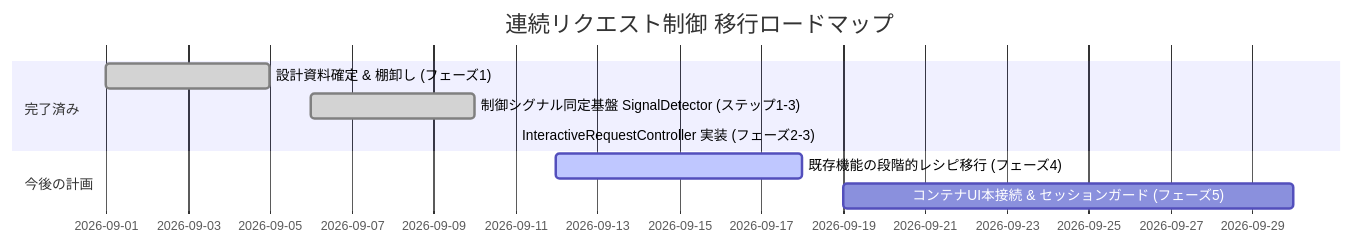
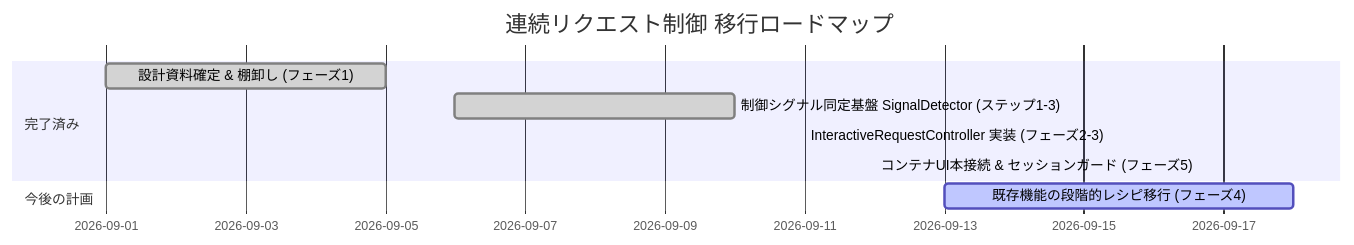
Before and after one commit to e3sh/Nethack-wasm-webUI: the third of 3 diagrams in docs/2_client_ui/Interactive_Request_Controller_Architecture_and_Roadmap.md, drawn with Mermaid. The commit also changed other lines of this file and 7 other files, not shown here.

````diff
--- a/docs/2_client_ui/Interactive_Request_Controller_Architecture_and_Roadmap.md
+++ b/docs/2_client_ui/Interactive_Request_Controller_Architecture_and_Roadmap.md
@@ -298,12 +298,12 @@
 ```mermaid
 gantt
     title 連続リクエスト制御 移行ロードマップ
     dateFormat  YYYY-MM-DD
     section 完了済み
     設計資料確定 & 棚卸し (フェーズ1)           :done, 2026-09-01, 2026-09-05
     制御シグナル同定基盤 SignalDetector (ステップ1-3) :done, 2026-09-06, 2026-09-10
     InteractiveRequestController 実装 (フェーズ2-3)   :done, 2026-09-11, 2026-09-11
+    コンテナUI本接続 & セッションガード (フェーズ5)  :done, 2026-09-12, 2026-09-12
     section 今後の計画
-    既存機能の段階的レシピ移行 (フェーズ4)         :active, 2026-09-12, 2026-09-18
-    コンテナUI本接続 & セッションガード (フェーズ5)  :2026-09-19, 2026-09-30
+    既存機能の段階的レシピ移行 (フェーズ4)         :active, 2026-09-13, 2026-09-18
 ```
````
